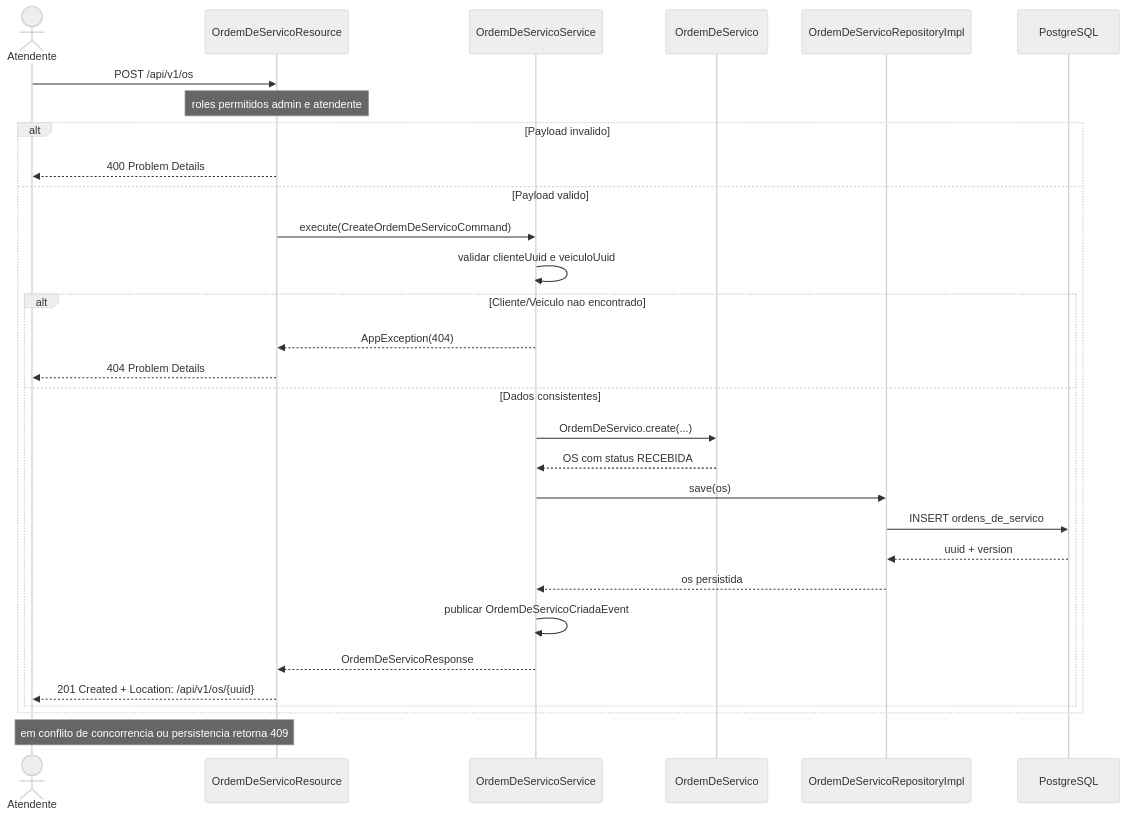
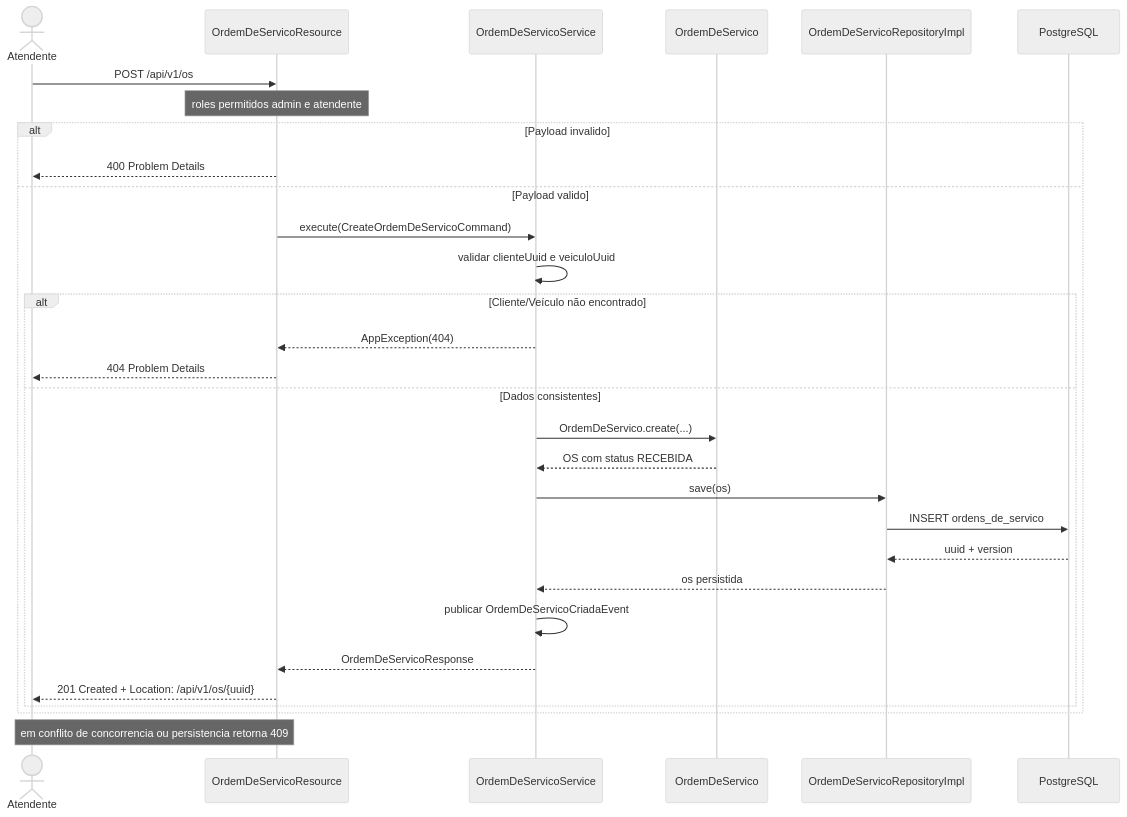
One commit to FIAP-SOFTWARE-ARCHITECTURE-TEAM/Mekano-API changed the diagram in docs/sequence-diagrams/criar-os.md. Above: the diagram before and after it, drawn with Mermaid (neutral theme).

Commit message:
fix: Potential fix for pull request finding

````diff
--- a/docs/sequence-diagrams/criar-os.md
+++ b/docs/sequence-diagrams/criar-os.md
@@ -5,38 +5,38 @@
 ```mermaid
 sequenceDiagram
     actor Atendente
     participant API as OrdemDeServicoResource
     participant App as OrdemDeServicoService
     participant Domain as OrdemDeServico
     participant Repo as OrdemDeServicoRepositoryImpl
     participant DB as PostgreSQL
 
     Atendente->>API: POST /api/v1/os
     Note over API: roles permitidos admin e atendente
 
     alt Payload invalido
         API-->>Atendente: 400 Problem Details
     else Payload valido
         API->>App: execute(CreateOrdemDeServicoCommand)
         App->>App: validar clienteUuid e veiculoUuid
 
-        alt Cliente/Veiculo nao encontrado
+        alt Cliente/Veículo não encontrado
             App-->>API: AppException(404)
             API-->>Atendente: 404 Problem Details
         else Dados consistentes
             App->>Domain: OrdemDeServico.create(...)
             Domain-->>App: OS com status RECEBIDA
 
             App->>Repo: save(os)
             Repo->>DB: INSERT ordens_de_servico
             DB-->>Repo: uuid + version
             Repo-->>App: os persistida
 
             App->>App: publicar OrdemDeServicoCriadaEvent
             App-->>API: OrdemDeServicoResponse
             API-->>Atendente: 201 Created + Location: /api/v1/os/{uuid}
         end
     end
 
     Note over API,Atendente: em conflito de concorrencia ou persistencia retorna 409
 ```
````
